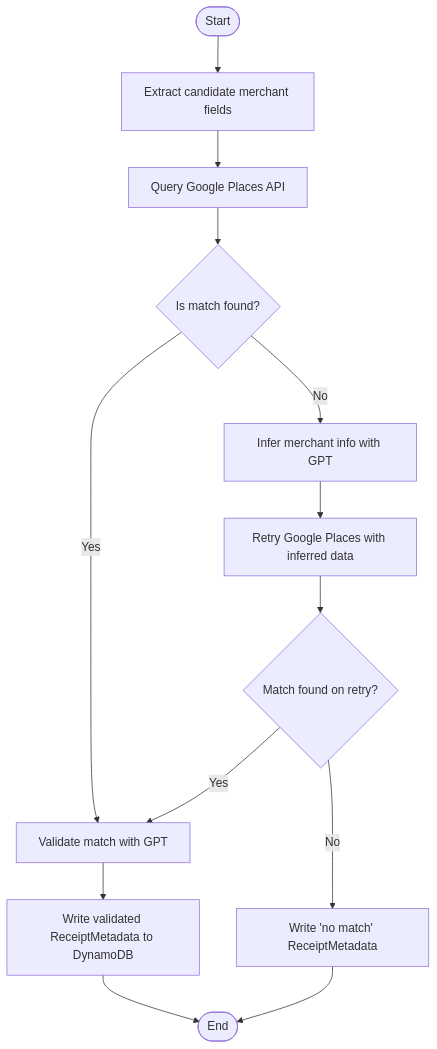
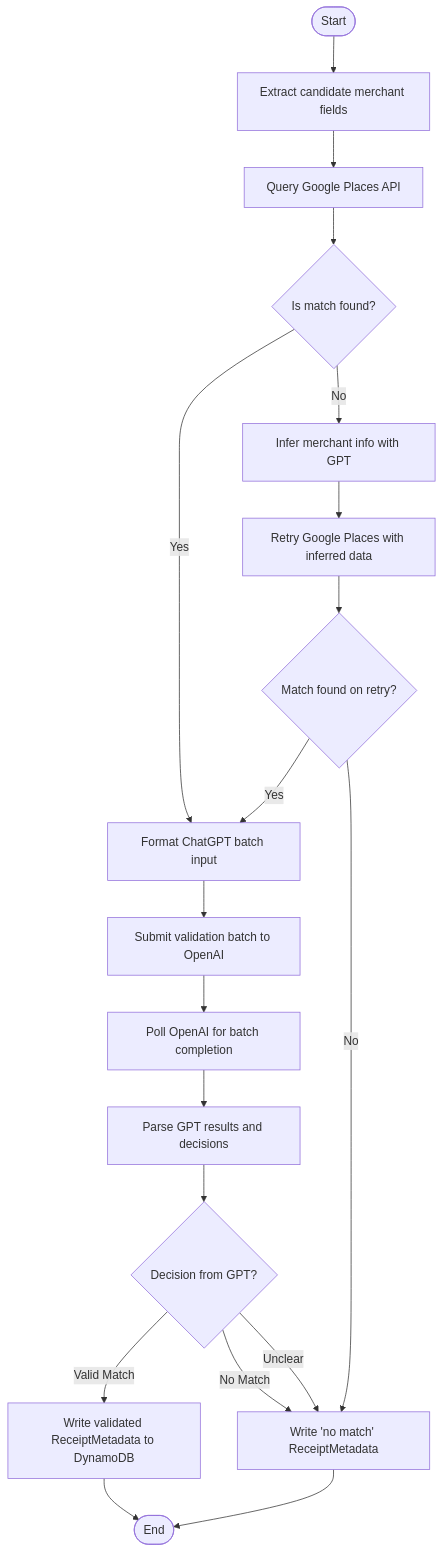
Before and after one commit to tnorlund/Portfolio: the diagram in receipt_label/receipt_label/merchant_validation/README.md, drawn with Mermaid. The commit also changed other lines of this file and 1 other file, not shown here.

````diff
--- a/receipt_label/receipt_label/merchant_validation/README.md
+++ b/receipt_label/receipt_label/merchant_validation/README.md
@@ -5,16 +37,25 @@
 ```mermaid
 flowchart TD
     Start([Start]) --> ExtractReceiptFields["Extract candidate merchant fields"]
     ExtractReceiptFields --> SearchGooglePlaces["Query Google Places API"]
     SearchGooglePlaces --> IsMatchFound{"Is match found?"}
 
-    IsMatchFound -- Yes --> ValidateWithGPT["Validate match with GPT"]
+    IsMatchFound -- Yes --> PrepareValidationBatch["Format ChatGPT batch input"]
     IsMatchFound -- No --> InferWithGPT["Infer merchant info with GPT"]
     InferWithGPT --> RetryGoogleSearch["Retry Google Places with inferred data"]
     RetryGoogleSearch --> IsRetryMatchFound{"Match found on retry?"}
-    IsRetryMatchFound -- Yes --> ValidateWithGPT
+    IsRetryMatchFound -- Yes --> PrepareValidationBatch
     IsRetryMatchFound -- No --> WriteNoResultMetadata["Write 'no match' ReceiptMetadata"]
-    ValidateWithGPT --> WriteMetadata["Write validated ReceiptMetadata to DynamoDB"]
+
+    PrepareValidationBatch --> SubmitBatch["Submit validation batch to OpenAI"]
+    SubmitBatch --> PollBatchStatus["Poll OpenAI for batch completion"]
+    PollBatchStatus --> ParseBatchResults["Parse GPT results and decisions"]
+
+    ParseBatchResults --> DecisionPoint{"Decision from GPT?"}
+    DecisionPoint -- Valid Match --> WriteMetadata["Write validated ReceiptMetadata to DynamoDB"]
+    DecisionPoint -- No Match --> WriteNoResultMetadata
+    DecisionPoint -- Unclear --> WriteNoResultMetadata
+
     WriteNoResultMetadata --> End([End])
     WriteMetadata --> End([End])
 ```
````
